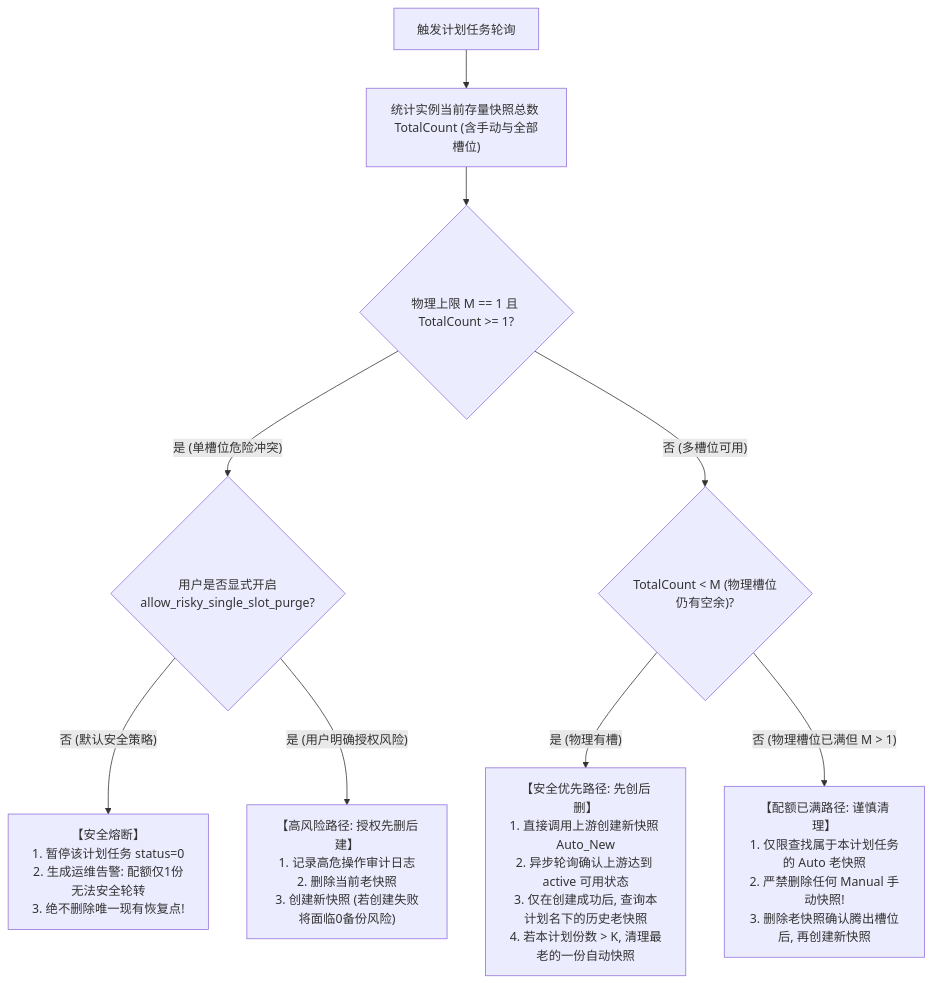
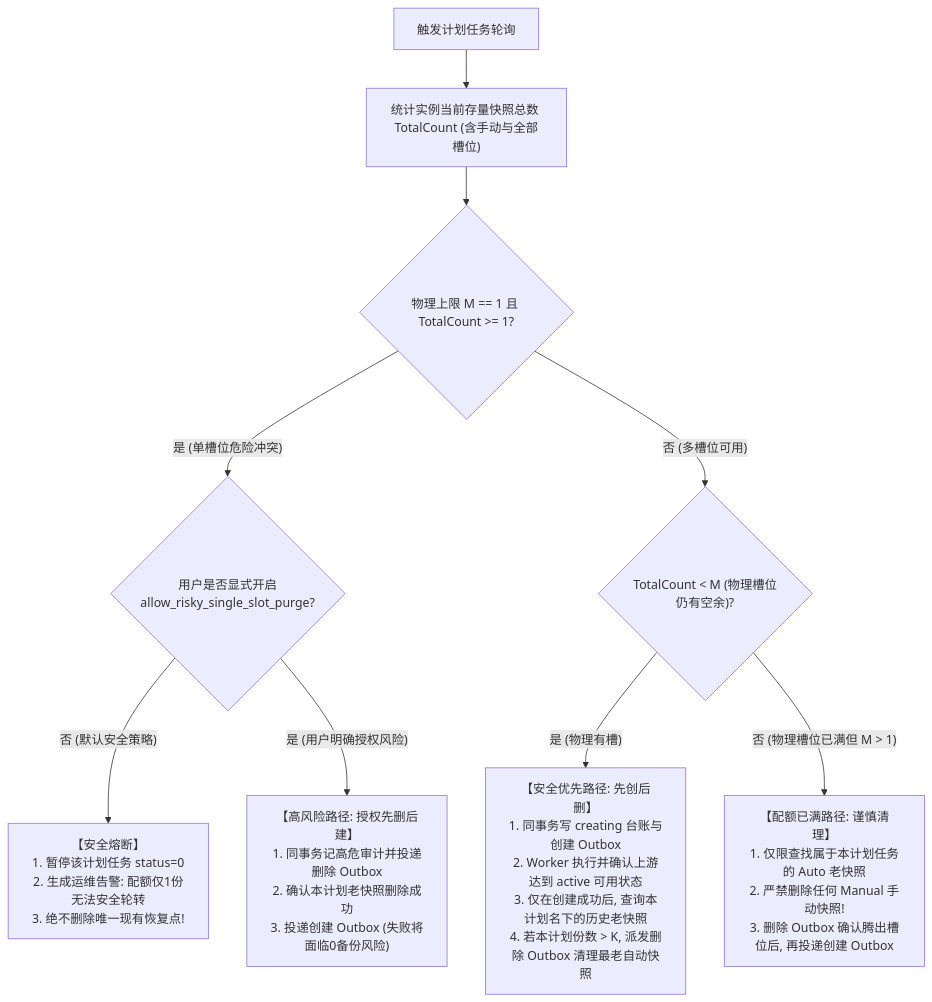
The second of 2 diagrams in docs/LIFECYCLE_PRICING.md (QAQ000000/idc), drawn with Mermaid before and after one commit. The commit also changed other lines of this file and 30 other files, not shown here.

First line of the commit message:
fix(architecture): enforce plugin isolation and reconcile domain contracts

````diff
--- a/docs/LIFECYCLE_PRICING.md
+++ b/docs/LIFECYCLE_PRICING.md
@@ -177,15 +201,15 @@
 ```mermaid
 flowchart TD
     Start["触发计划任务轮询"] --> Stat["统计实例当前存量快照总数 TotalCount (含手动与全部槽位)"]
     Stat --> SingleCheck{"物理上限 M == 1 且 TotalCount >= 1?"}
     
     SingleCheck -- 是 (单槽位危险冲突) --> CheckOpt{"用户是否显式开启<br/>allow_risky_single_slot_purge?"}
     CheckOpt -- 否 (默认安全策略) --> AlertPause["【安全熔断】<br/>1. 暂停该计划任务 status=0<br/>2. 生成运维告警: 配额仅1份无法安全轮转<br/>3. 绝不删除唯一现有恢复点!"]
-    CheckOpt -- 是 (用户明确授权风险) --> RiskyPath["【高风险路径: 授权先删后建】<br/>1. 记录高危操作审计日志<br/>2. 删除当前老快照<br/>3. 创建新快照 (若创建失败将面临0备份风险)"]
+    CheckOpt -- 是 (用户明确授权风险) --> RiskyPath["【高风险路径: 授权先删后建】<br/>1. 同事务记高危审计并投递删除 Outbox<br/>2. 确认本计划老快照删除成功<br/>3. 投递创建 Outbox (失败将面临0备份风险)"]
     
     SingleCheck -- 否 (多槽位可用) --> QuotaJudge{"TotalCount < M (物理槽位仍有空余)?"}
     
-    QuotaJudge -- 是 (物理有槽) --> SafePath["【安全优先路径: 先创后删】<br/>1. 直接调用上游创建新快照 Auto_New<br/>2. 异步轮询确认上游达到 active 可用状态<br/>3. 仅在创建成功后, 查询本计划名下的历史老快照<br/>4. 若本计划份数 > K, 清理最老的一份自动快照"]
+    QuotaJudge -- 是 (物理有槽) --> SafePath["【安全优先路径: 先创后删】<br/>1. 同事务写 creating 台账与创建 Outbox<br/>2. Worker 执行并确认上游达到 active 可用状态<br/>3. 仅在创建成功后, 查询本计划名下的历史老快照<br/>4. 若本计划份数 > K, 派发删除 Outbox 清理最老自动快照"]
     
-    QuotaJudge -- 否 (物理槽位已满但 M > 1) --> CleanAutoFirst["【配额已满路径: 谨慎清理】<br/>1. 仅限查找属于本计划任务的 Auto 老快照<br/>2. 严禁删除任何 Manual 手动快照!<br/>3. 删除老快照确认腾出槽位后, 再创建新快照"]
+    QuotaJudge -- 否 (物理槽位已满但 M > 1) --> CleanAutoFirst["【配额已满路径: 谨慎清理】<br/>1. 仅限查找属于本计划任务的 Auto 老快照<br/>2. 严禁删除任何 Manual 手动快照!<br/>3. 删除 Outbox 确认腾出槽位后, 再投递创建 Outbox"]
 ```
````
